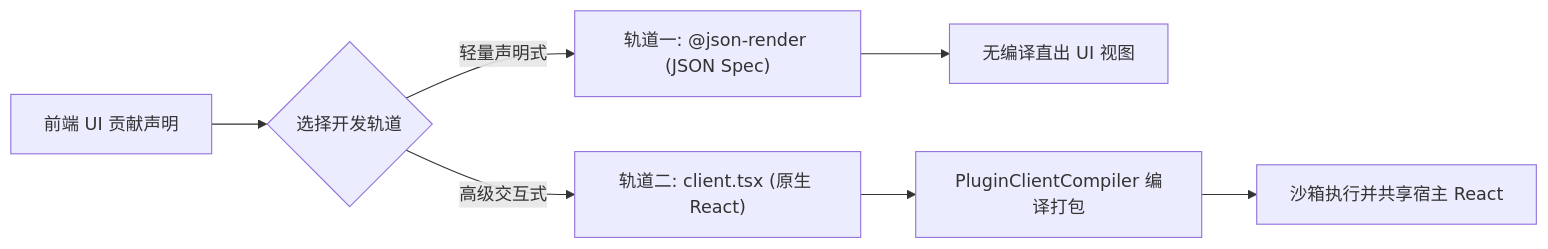
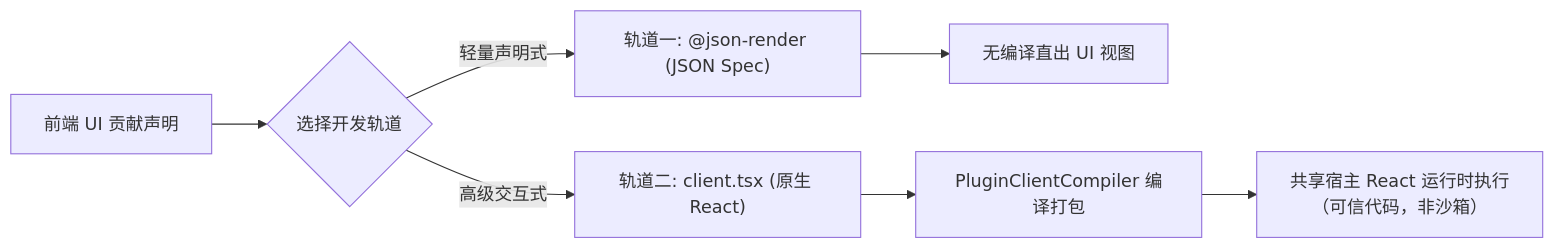
One commit to team4u/helm changed the second of 2 diagrams in docs/plugins/plugin-development.md. Above: the diagram before and after it, drawn with Mermaid. The commit also changed other lines of this file and 14 other files, not shown here.

````diff
--- a/docs/plugins/plugin-development.md
+++ b/docs/plugins/plugin-development.md
@@ -145,9 +145,9 @@
 ```mermaid
 flowchart LR
     Submissions["前端 UI 贡献声明"] --> TrackChoice{"选择开发轨道"}
     TrackChoice -- 轻量声明式 --> Track1["轨道一: @json-render (JSON Spec)"]
     TrackChoice -- 高级交互式 --> Track2["轨道二: client.tsx (原生 React)"]
     Track1 --> FastRender["无编译直出 UI 视图"]
     Track2 --> Compiler["PluginClientCompiler 编译打包"]
-    Compiler --> SandboxedRun["沙箱执行并共享宿主 React"]
+    Compiler --> SharedRun["共享宿主 React 运行时执行（可信代码，非沙箱）"]
 ```
````
